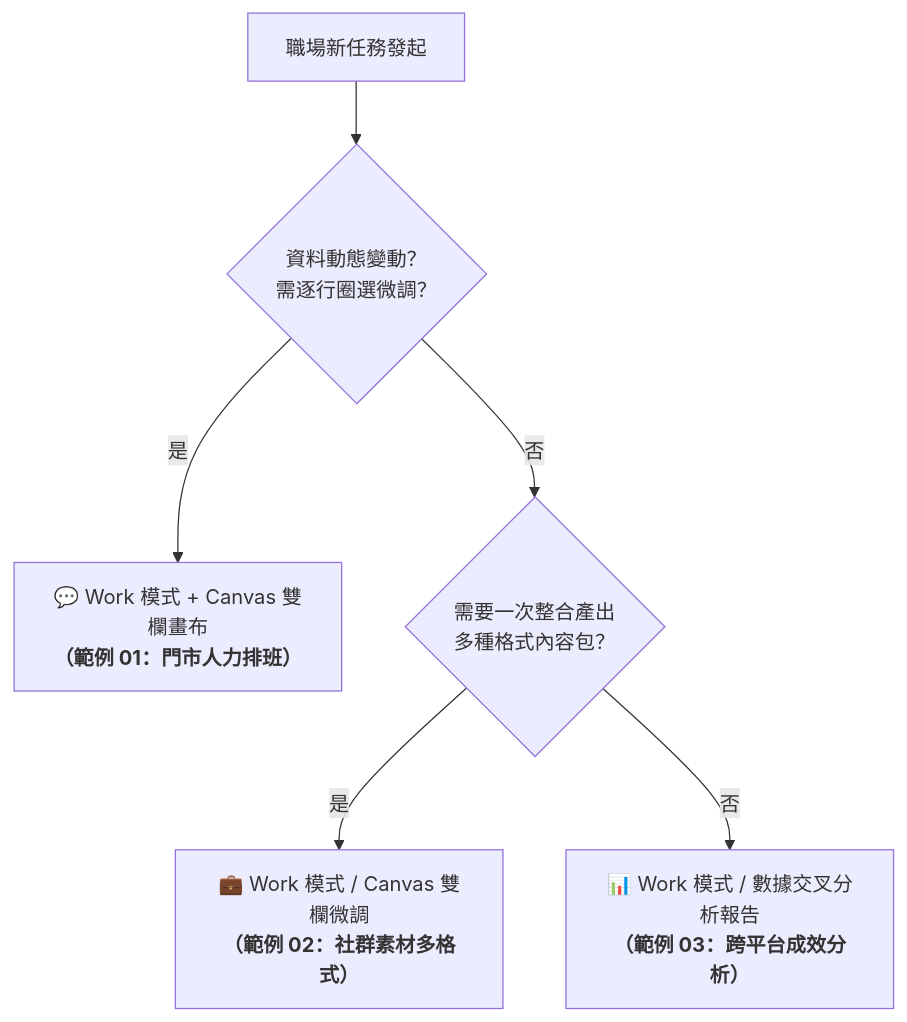
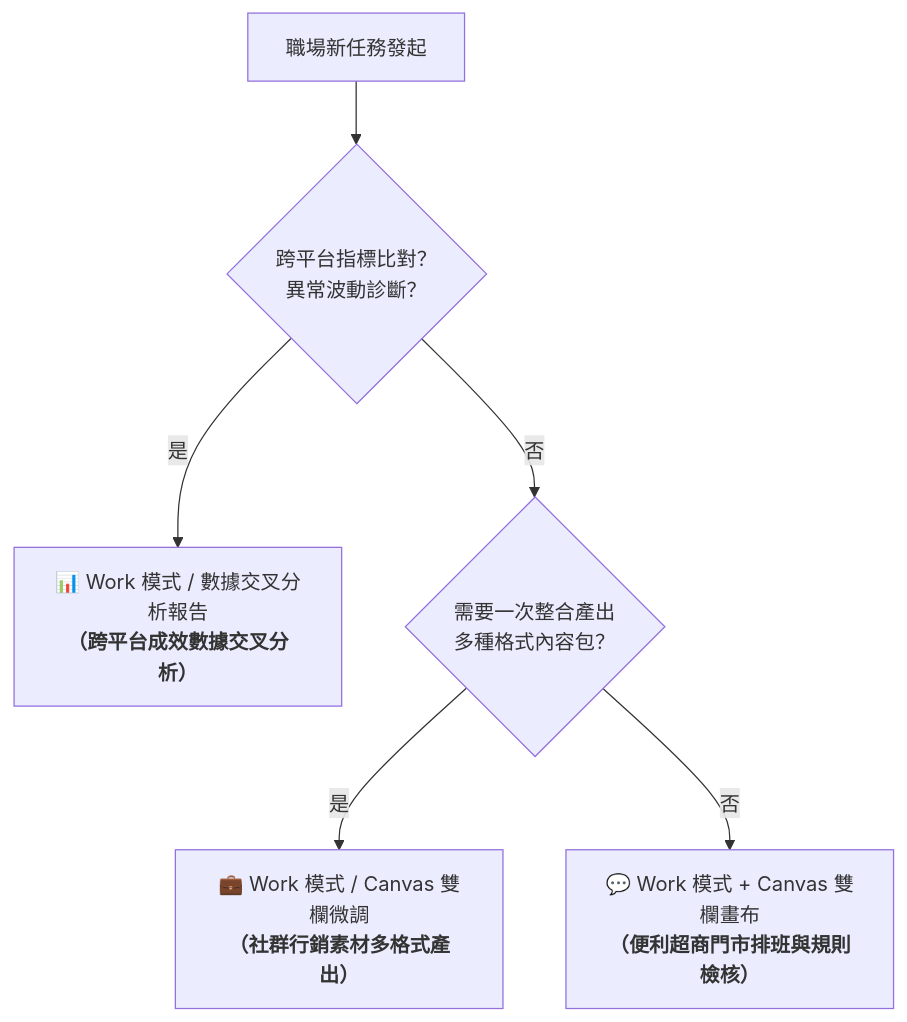
Before and after one commit to roberthsu2003/workflow-productivity: the diagram in 常見的AI應用/實戰範例/README.md, drawn with Mermaid. The commit also changed other lines of this file and 5 other files, not shown here.

````diff
--- a/常見的AI應用/實戰範例/README.md
+++ b/常見的AI應用/實戰範例/README.md
@@ -88,8 +88,8 @@
 ```mermaid
 flowchart TD
-    Start["職場新任務發起"] --> Q1{"資料動態變動？<br>需逐行圈選微調？"}
-    Q1 -- 是 --> Tool1["💬 Work 模式 + Canvas 雙欄畫布<br><b>（範例 01：門市人力排班）</b>"]
+    Start["職場新任務發起"] --> Q1{"跨平台指標比對？<br>異常波動診斷？"}
+    Q1 -- 是 --> Tool1["📊 Work 模式 / 數據交叉分析報告<br><b>（跨平台成效數據交叉分析）</b>"]
     Q1 -- 否 --> Q2{"需要一次整合產出<br>多種格式內容包？"}
-    Q2 -- 是 --> Tool2["💼 Work 模式 / Canvas 雙欄微調<br><b>（範例 02：社群素材多格式）</b>"]
-    Q2 -- 否 --> Tool3["📊 Work 模式 / 數據交叉分析報告<br><b>（範例 03：跨平台成效分析）</b>"]
+    Q2 -- 是 --> Tool2["💼 Work 模式 / Canvas 雙欄微調<br><b>（社群行銷素材多格式產出）</b>"]
+    Q2 -- 否 --> Tool3["💬 Work 模式 + Canvas 雙欄畫布<br><b>（便利超商門市排班與規則檢核）</b>"]
 ```
````
